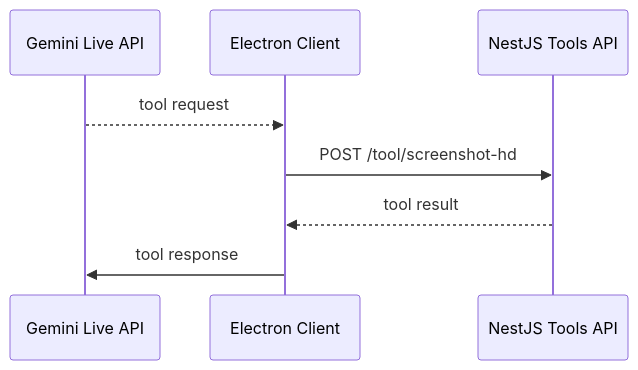
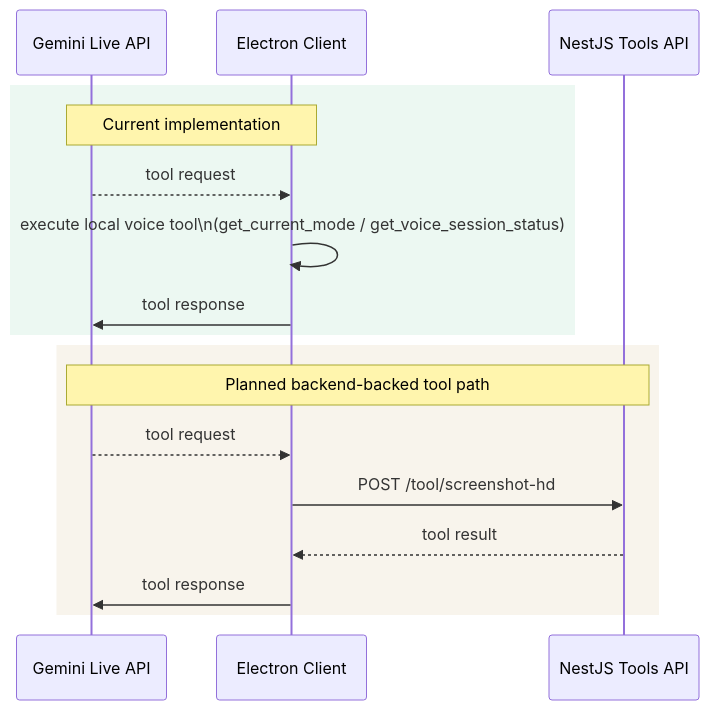
Before and after one commit to rafaself/Livepair: the diagram in docs/diagrams/tool-flow.md, drawn with Mermaid. The commit also changed other lines of this file and 5 other files, not shown here.

Commit message:
docs(docs): align architecture diagrams with current state

````diff
--- a/docs/diagrams/tool-flow.md
+++ b/docs/diagrams/tool-flow.md
@@ -3,11 +3,21 @@
 ```mermaid
 sequenceDiagram
     participant Gemini as Gemini Live API
     participant Client as Electron Client
     participant Backend as NestJS Tools API
 
-    Gemini-->>Client: tool request
-    Client->>Backend: POST /tool/screenshot-hd
-    Backend-->>Client: tool result
-    Client->>Gemini: tool response
+    rect rgb(236, 248, 242)
+        Note over Gemini,Client: Current implementation
+        Gemini-->>Client: tool request
+        Client->>Client: execute local voice tool\n(get_current_mode / get_voice_session_status)
+        Client->>Gemini: tool response
+    end
+
+    rect rgb(248, 244, 236)
+        Note over Gemini,Backend: Planned backend-backed tool path
+        Gemini-->>Client: tool request
+        Client->>Backend: POST /tool/screenshot-hd
+        Backend-->>Client: tool result
+        Client->>Gemini: tool response
+    end
 ```
````
